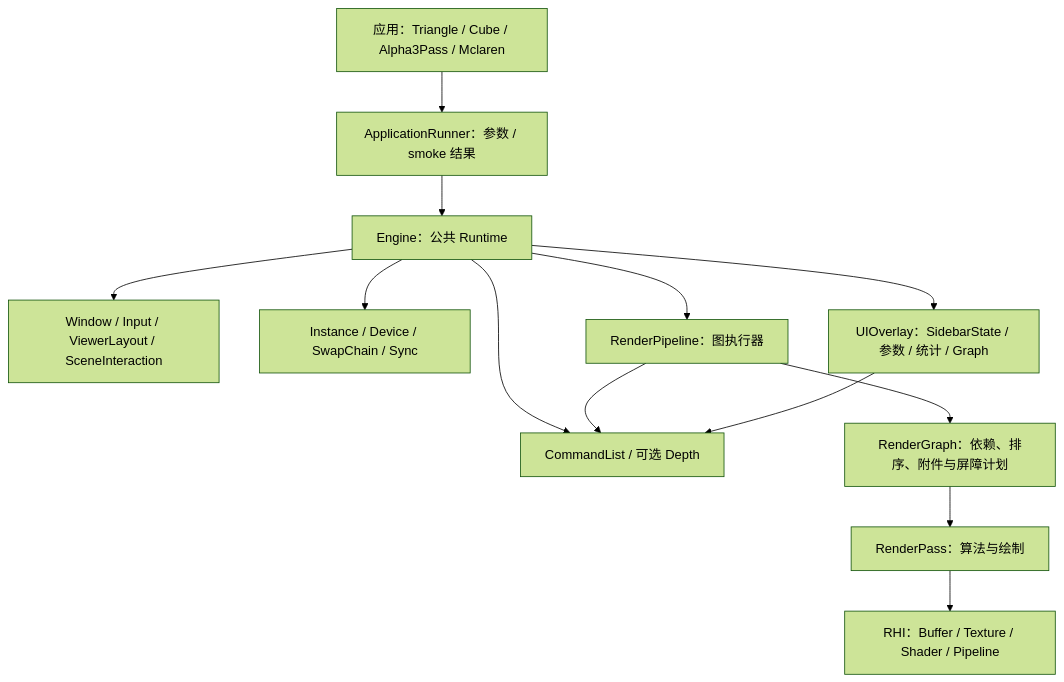
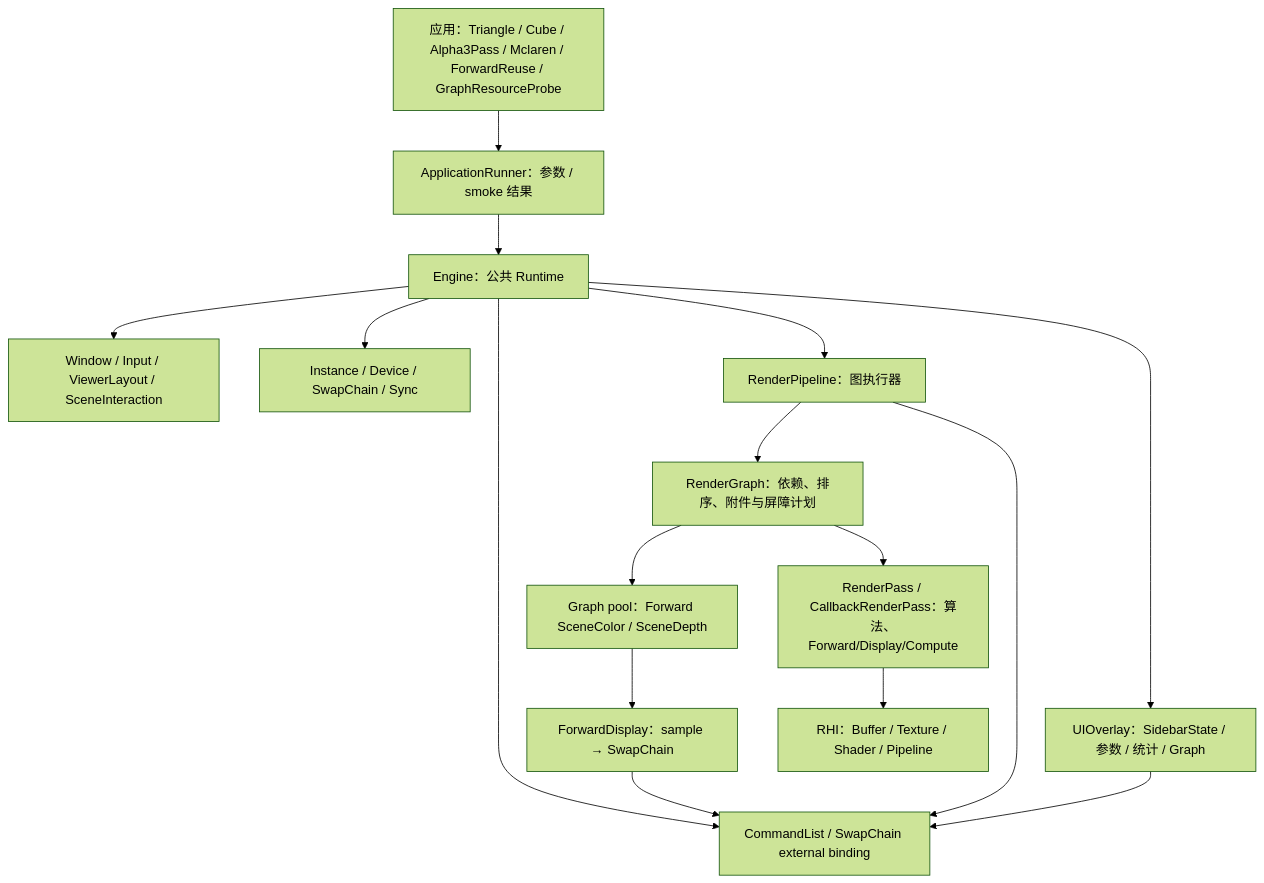
The first of 2 diagrams in docs/structure/current-architecture.md (Cyberyb/KuEngine), drawn with Mermaid (forest theme) before and after one commit. The commit also changed other lines of this file and 143 other files, not shown here.

````diff
--- a/docs/structure/current-architecture.md
+++ b/docs/structure/current-architecture.md
@@ -13,24 +13,29 @@
 ```mermaid
 flowchart TB
-    App["应用：Triangle / Cube / Alpha3Pass / Mclaren"]
+    App["应用：Triangle / Cube / Alpha3Pass / Mclaren / ForwardReuse / GraphResourceProbe"]
     Runner["ApplicationRunner：参数 / smoke 结果"]
     Runtime["Engine：公共 Runtime"]
     Platform["Window / Input / ViewerLayout / SceneInteraction"]
     Device["Instance / Device / SwapChain / Sync"]
-    Frames["CommandList / 可选 Depth"]
+    Frames["CommandList / SwapChain external binding"]
     Pipeline["RenderPipeline：图执行器"]
     Graph["RenderGraph：依赖、排序、附件与屏障计划"]
-    Pass["RenderPass：算法与绘制"]
+    Pass["RenderPass / CallbackRenderPass：算法、Forward/Display/Compute"]
+    Targets["Graph pool：Forward SceneColor / SceneDepth"]
+    Display["ForwardDisplay：sample → SwapChain"]
     UI["UIOverlay：SidebarState / 参数 / 统计 / Graph"]
     App --> Runner --> Runtime
     Runtime --> Platform
     Runtime --> Device
     Runtime --> Frames
     Runtime --> Pipeline
     Pipeline --> Graph
     Graph --> Pass
+    Graph --> Targets
+    Targets --> Display
+    Display --> Frames
     Runtime --> UI
     Pass --> RHI["RHI：Buffer / Texture / Shader / Pipeline"]
     Pipeline --> Frames
     UI --> Frames
 ```
````
